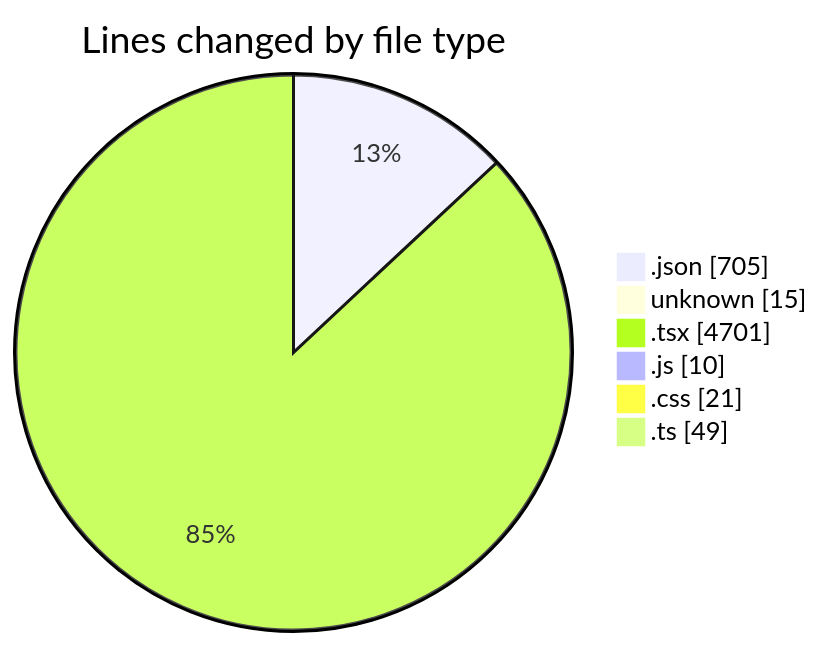
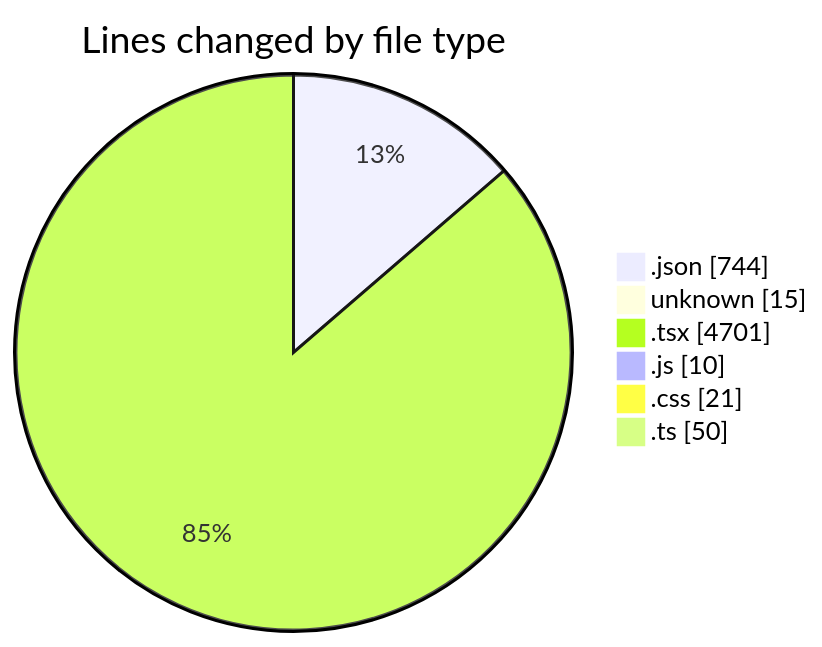
The first of 2 diagrams in 2025-05-02/niten/README.md (Elitesun/code-tracking), drawn with Mermaid before and after one commit. The commit also changed other lines of this file and 1 other file, not shown here.

````diff
--- a/2025-05-02/niten/README.md
+++ b/2025-05-02/niten/README.md
@@ -66,10 +67,10 @@
 ```mermaid
 pie showData
 title Lines changed by file type
-".json" : 705
+".json" : 744
 "unknown" : 15
 ".tsx" : 4701
 ".js" : 10
 ".css" : 21
-".ts" : 49
+".ts" : 50
 ```
````
